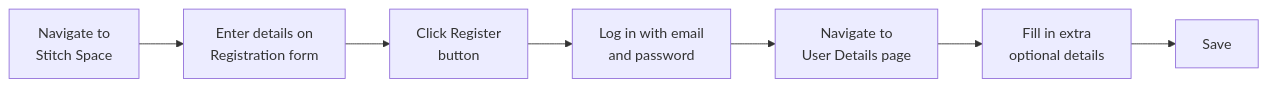
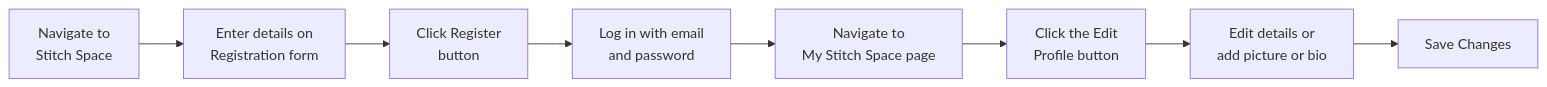
The first of 6 diagrams in README.md (EvitaKnits/stitch-space), drawn with Mermaid before and after one commit. The commit also changed other lines of this file and 6 other files, not shown here.

Commit message:
Update README with up-to-date information + bugs Updates include the mermaid flowcharts for the user journeys, some screenshots, the features section, the bugs section and sprint 3 info.

````diff
--- a/README.md
+++ b/README.md
@@ -71,9 +113,10 @@
 ```mermaid
 flowchart LR
     A[Navigate to \n Stitch Space] --> B[Enter details on \nRegistration form]
     B --> C[Click Register \n button]
     C --> D[Log in with email \n and password]
-    D --> E[Navigate to \n User Details page]
-    E --> F[Fill in extra \n optional details]
-    F --> G[Save]
+    D --> E[Navigate to \n My Stitch Space page]
+    E --> F[Click the Edit\n Profile button ]
+    F --> G[Edit details or \n add picture or bio]
+    G --> H[Save Changes]
 ```
````
